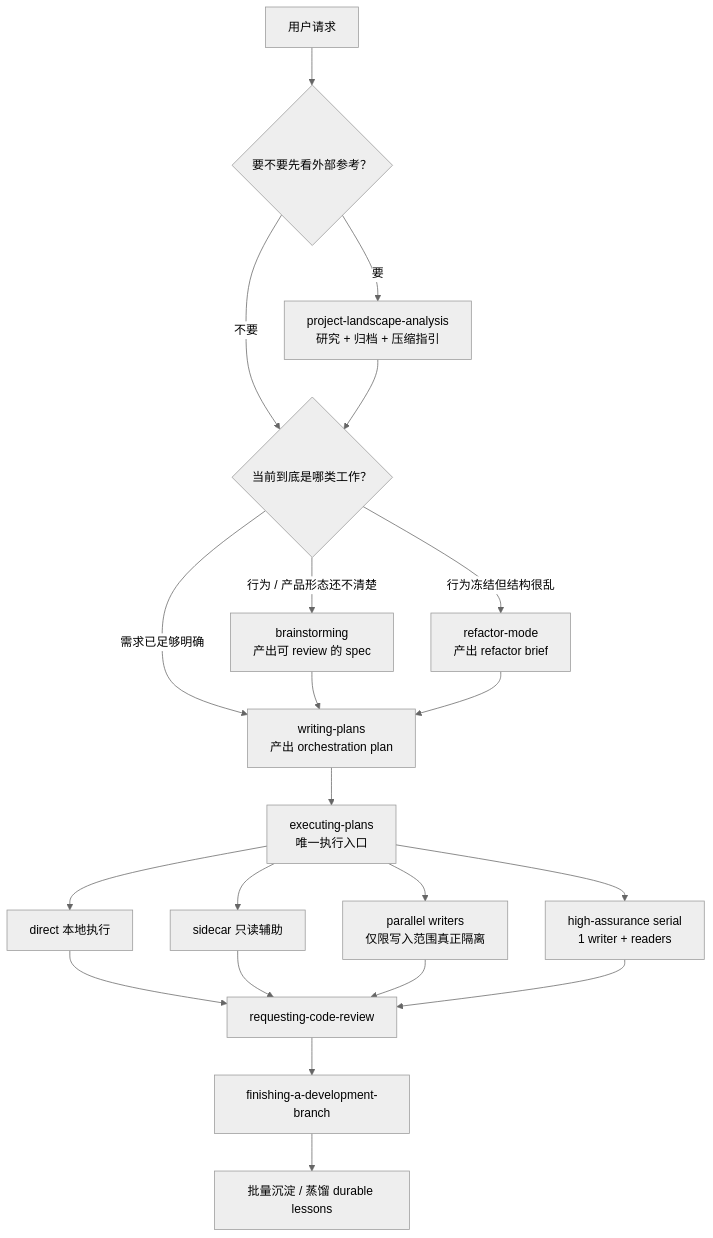
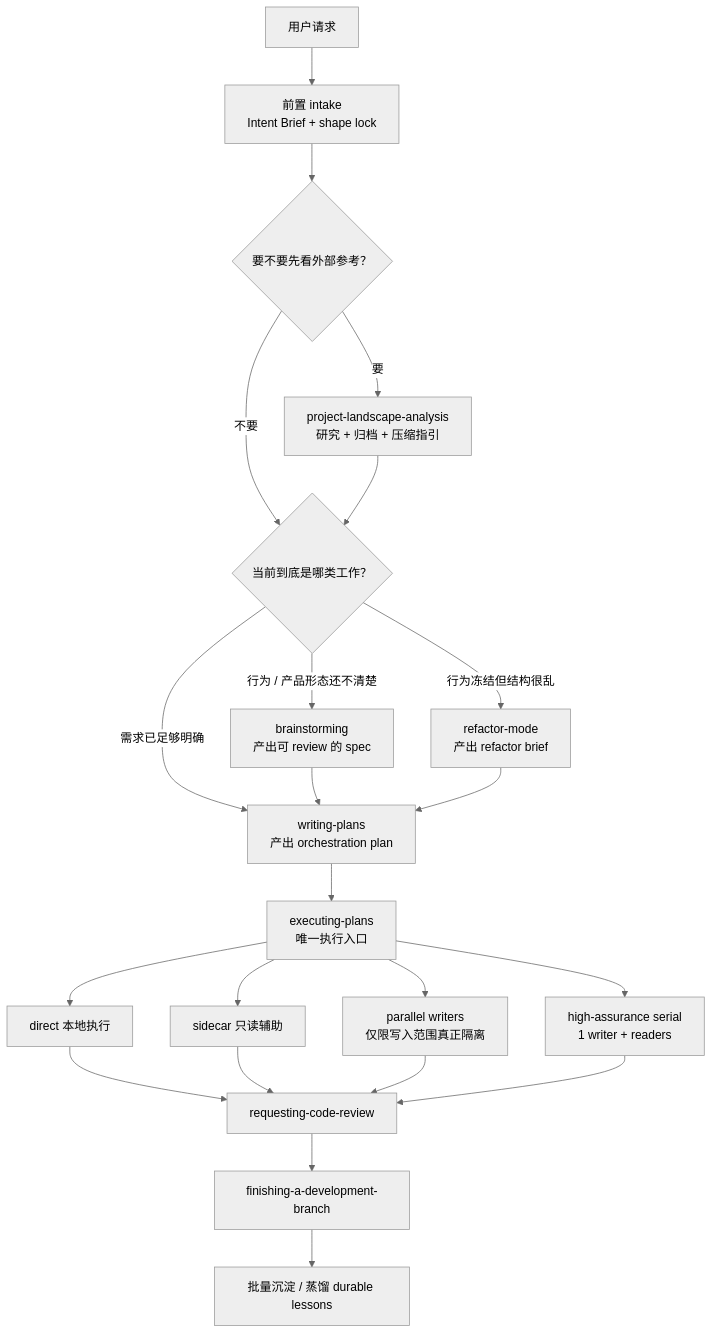
Before and after one commit to guhaigg/better-sp: the second of 4 diagrams in README.zh-CN.md, drawn with Mermaid (neutral theme). The commit also changed other lines of this file and 3 other files, not shown here.

Commit message:
docs: refresh better-sp workflow diagrams and front-layer docs

````diff
--- a/README.zh-CN.md
+++ b/README.zh-CN.md
@@ -91,23 +99,24 @@
 ```mermaid
 flowchart TD
-    A["用户请求"] --> R{"要不要先看外部参考？"}
+    A["用户请求"] --> A1["前置 intake<br/>Intent Brief + shape lock"]
+    A1 --> R{"要不要先看外部参考？"}
     R -- "要" --> S["project-landscape-analysis<br/>研究 + 归档 + 压缩指引"]
     R -- "不要" --> B{"当前到底是哪类工作？"}
     S --> B
     B -- "行为 / 产品形态还不清楚" --> C["brainstorming<br/>产出可 review 的 spec"]
     B -- "行为冻结但结构很乱" --> D["refactor-mode<br/>产出 refactor brief"]
     B -- "需求已足够明确" --> E["writing-plans<br/>产出 orchestration plan"]
     C --> E
     D --> E
     E --> F["executing-plans<br/>唯一执行入口"]
     F --> G["direct 本地执行"]
     F --> H["sidecar 只读辅助"]
     F --> I["parallel writers<br/>仅限写入范围真正隔离"]
     F --> J["high-assurance serial<br/>1 writer + readers"]
     G --> K["requesting-code-review"]
     H --> K
     I --> K
     J --> K
     K --> L["finishing-a-development-branch"]
     L --> M["批量沉淀 / 蒸馏 durable lessons"]
 ```
````
